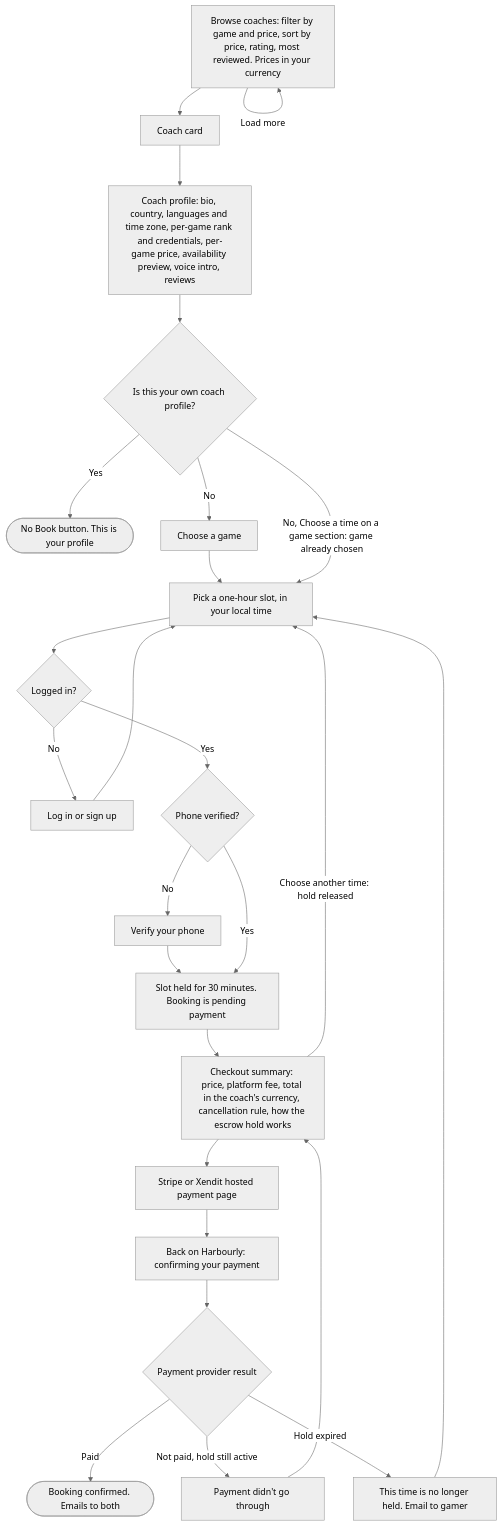
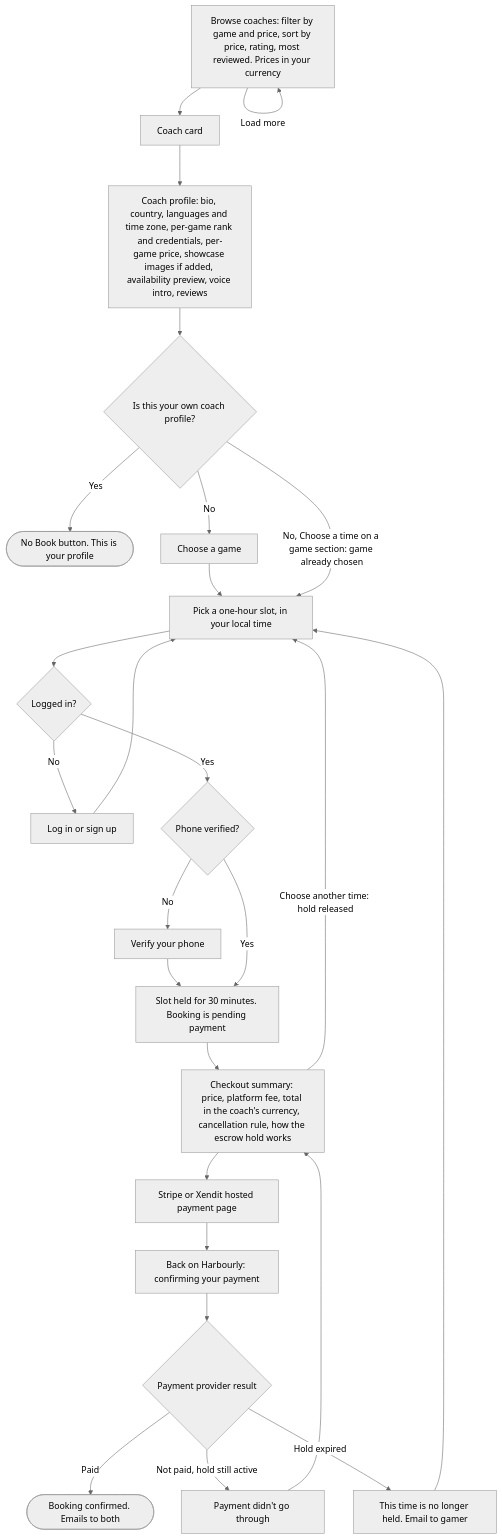
The third of 13 diagrams in design/USER-FLOW.md (ILoveWaterSm/Harbourly-Waitlist-2.0), drawn with Mermaid (neutral theme) before and after one commit. The commit also changed other lines of this file and 7 other files, not shown here.

First line of the commit message:
Coach profile: optional showcase gallery after About; Availability after Games at one column

````diff
--- a/design/USER-FLOW.md
+++ b/design/USER-FLOW.md
@@ -103,28 +103,28 @@
 ```mermaid
 flowchart TD
   Browse["Browse coaches: filter by game and price, sort by price, rating, most reviewed. Prices in your currency"] --> Card["Coach card"]
   Browse -->|"Load more"| Browse
-  Card --> Profile["Coach profile: bio, country, languages and time zone, per-game rank and credentials, per-game price, availability preview, voice intro, reviews"]
+  Card --> Profile["Coach profile: bio, country, languages and time zone, per-game rank and credentials, per-game price, showcase images if added, availability preview, voice intro, reviews"]
   Profile --> Own{"Is this your own coach profile?"}
   Own -->|"Yes"| NoBook(["No Book button. This is your profile"])
   Own -->|"No"| Game["Choose a game"]
   Game --> Slot["Pick a one-hour slot, in your local time"]
   Own -->|"No, Choose a time on a game section: game already chosen"| Slot
   Slot --> LoggedIn{"Logged in?"}
   LoggedIn -->|"No"| Auth["Log in or sign up"]
   Auth --> Slot
   LoggedIn -->|"Yes"| Phone{"Phone verified?"}
   Phone -->|"No"| VerifyPhone["Verify your phone"]
   VerifyPhone --> Hold
   Phone -->|"Yes"| Hold["Slot held for 30 minutes. Booking is pending payment"]
   Hold --> Summary["Checkout summary: price, platform fee, total in the coach's currency, cancellation rule, how the escrow hold works"]
   Summary --> Hosted["Stripe or Xendit hosted payment page"]
   Summary -->|"Choose another time: hold released"| Slot
   Hosted --> Back["Back on Harbourly: confirming your payment"]
   Back --> Result{"Payment provider result"}
   Result -->|"Paid"| Confirmed(["Booking confirmed. Emails to both"])
   Result -->|"Not paid, hold still active"| Failed["Payment didn't go through"]
   Failed --> Summary
   Result -->|"Hold expired"| Expired["This time is no longer held. Email to gamer"]
   Expired --> Slot
 ```
````
